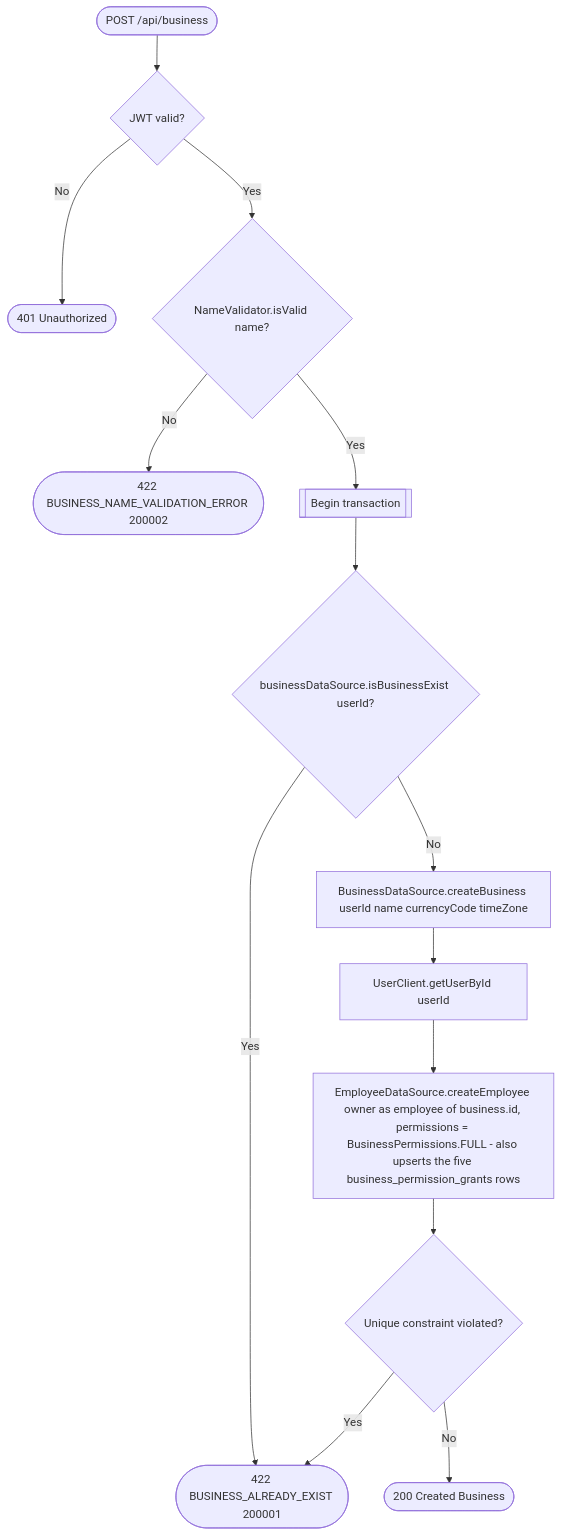
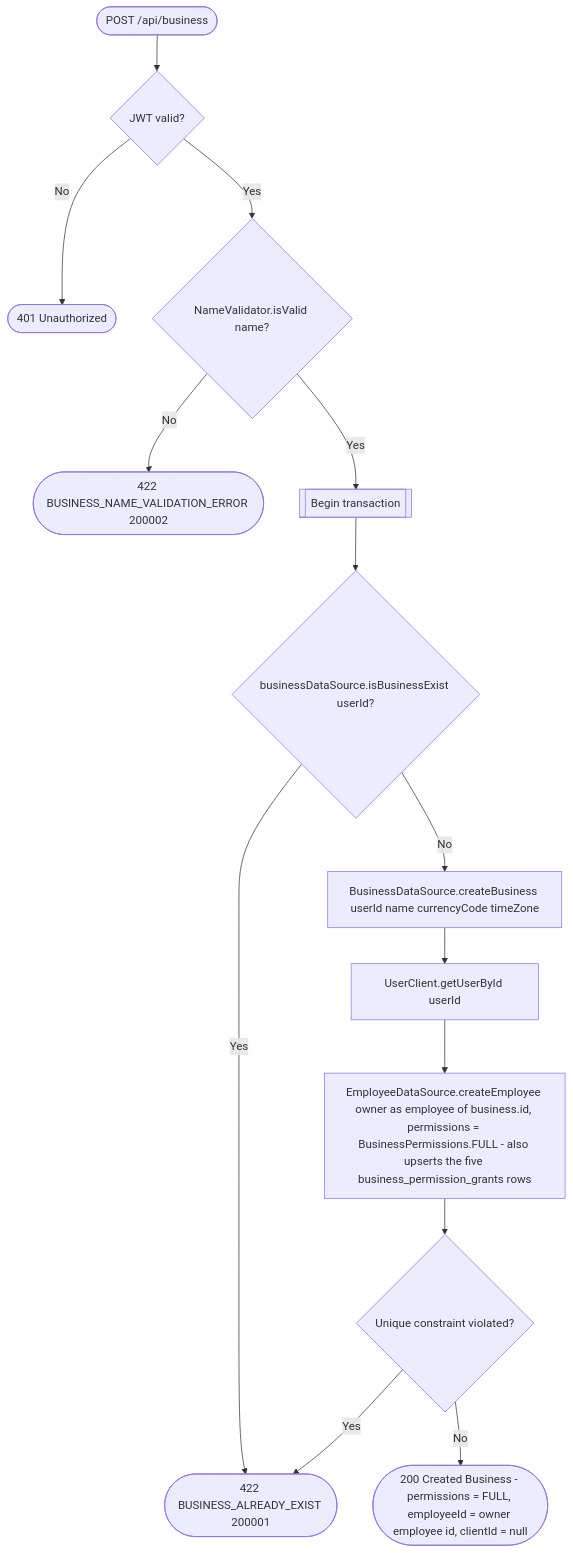
The diagram in docs/operations/business/create-business.md (an22/bookk.me-backend), drawn with Mermaid before and after one commit. The commit also changed 42 other files, not shown here.

Commit message:
[ISSUE-84] reduce db calls for business requests, add employee and client id to the business response

````diff
--- a/docs/operations/business/create-business.md
+++ b/docs/operations/business/create-business.md
@@ -17,16 +17,16 @@
 ```mermaid
 flowchart TD
     Start([POST /api/business]) --> Auth{JWT valid?}
     Auth -- No --> R401([401 Unauthorized])
     Auth -- Yes --> NameCheck{NameValidator.isValid name?}
     NameCheck -- No --> R422a([422 BUSINESS_NAME_VALIDATION_ERROR 200002])
     NameCheck -- Yes --> Tx[[Begin transaction]]
     Tx --> Exists{businessDataSource.isBusinessExist userId?}
     Exists -- Yes --> R422b([422 BUSINESS_ALREADY_EXIST 200001])
     Exists -- No --> Create[BusinessDataSource.createBusiness userId name currencyCode timeZone]
     Create --> ResolveOwner[UserClient.getUserById userId]
     ResolveOwner --> CreateEmployee[EmployeeDataSource.createEmployee owner as employee of business.id, permissions = BusinessPermissions.FULL - also upserts the five business_permission_grants rows]
     CreateEmployee --> Constraint{Unique constraint violated?}
     Constraint -- Yes --> R422b
-    Constraint -- No --> R200([200 Created Business])
+    Constraint -- No --> R200([200 Created Business - permissions = FULL, employeeId = owner employee id, clientId = null])
 ```
````
